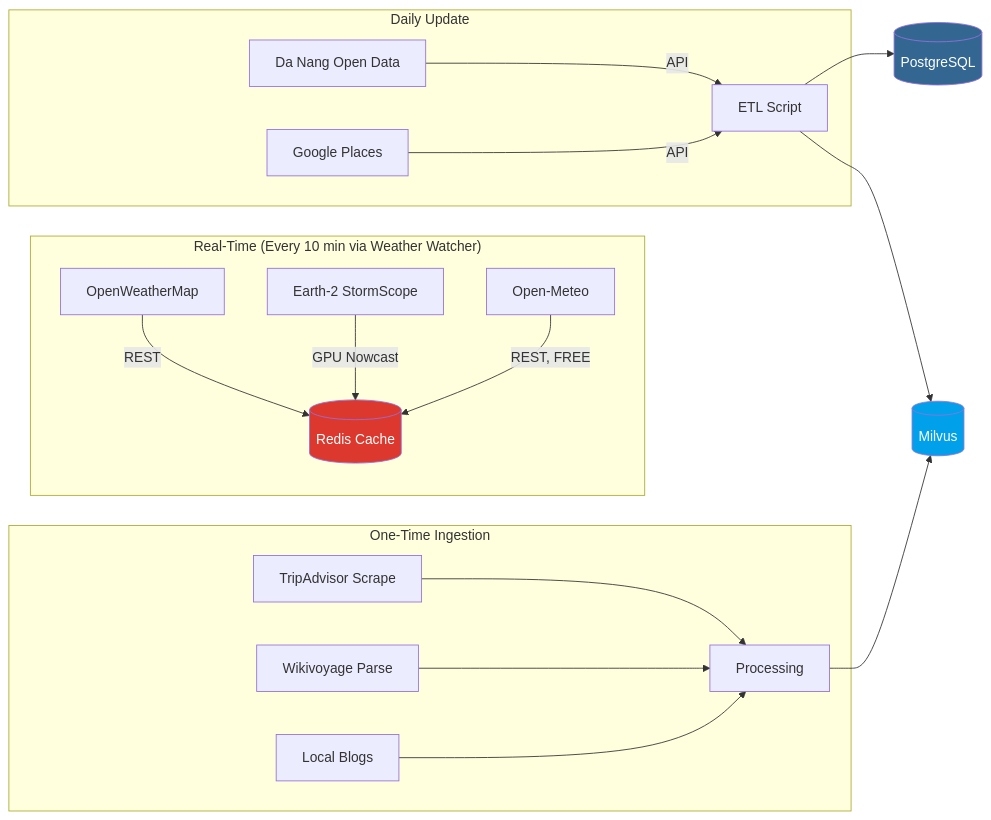
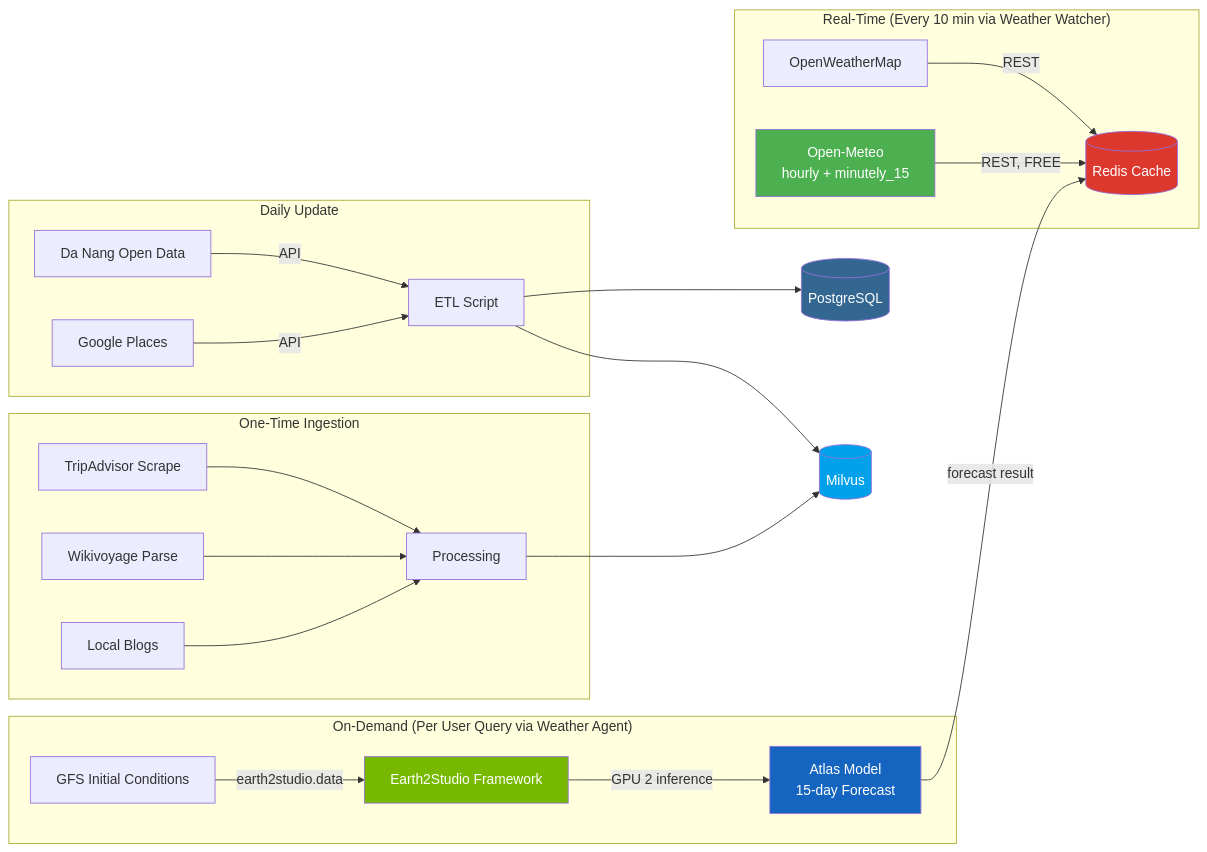
Before and after one commit to BennedictQuanTon/WeatherRise-2026: the eighth of 15 diagrams in documentation.md, drawn with Mermaid. The commit also changed other lines of this file and 1 other file, not shown here.

````diff
--- a/documentation.md
+++ b/documentation.md
@@ -863,27 +971,35 @@
 ```mermaid
 flowchart LR
     subgraph "Real-Time (Every 10 min via Weather Watcher)"
         OWM[OpenWeatherMap] -->|REST| REDIS[(Redis Cache)]
-        E2[Earth-2 StormScope] -->|GPU Nowcast| REDIS
-        OM[Open-Meteo] -->|REST, FREE| REDIS
+        OM[Open-Meteo<br/>hourly + minutely_15] -->|REST, FREE| REDIS
+    end
+
+    subgraph "On-Demand (Per User Query via Weather Agent)"
+        GFS_DATA[GFS Initial Conditions] -->|earth2studio.data| E2FW[Earth2Studio Framework]
+        E2FW -->|GPU 2 inference| ATLAS[Atlas Model<br/>15-day Forecast]
+        ATLAS -->|forecast result| REDIS
     end
 
     subgraph "Daily Update"
         DNOG[Da Nang Open Data] -->|API| ETL[ETL Script]
         GP[Google Places] -->|API| ETL
     end
 
     subgraph "One-Time Ingestion"
         TA[TripAdvisor Scrape] --> PROC[Processing]
         WV[Wikivoyage Parse] --> PROC
         BLOGS[Local Blogs] --> PROC
     end
 
     ETL --> PG[(PostgreSQL)]
     ETL --> MILVUS[(Milvus)]
     PROC --> MILVUS
 
     style REDIS fill:#DC382D,color:#fff
     style PG fill:#336791,color:#fff
     style MILVUS fill:#00A1EA,color:#fff
+    style ATLAS fill:#1565C0,color:#fff
+    style E2FW fill:#76B900,color:#fff
+    style OM fill:#4CAF50,color:#fff
 ```
````
